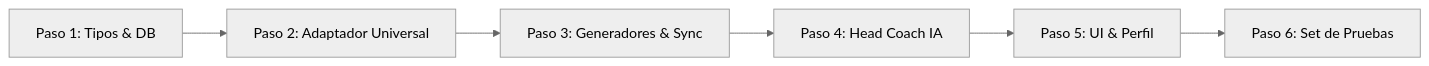
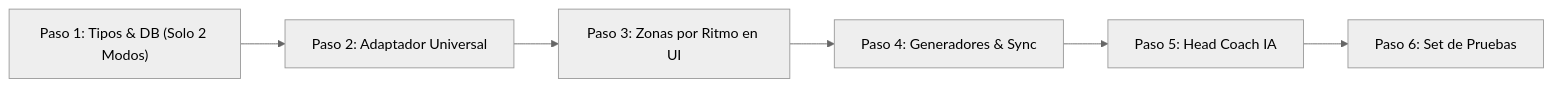
Before and after one commit to GEME80/Training-IA: the diagram in plan_running_metrics.md, drawn with Mermaid (neutral theme). The commit also changed other lines of this file and 7 other files, not shown here.

Commit message:
fix(season-studio): ux paso a paso, iconos consistentes, matriz sincronizada al perfil, sin hardcoding

````diff
--- a/plan_running_metrics.md
+++ b/plan_running_metrics.md
@@ -22,8 +65,8 @@
 ```mermaid
 flowchart LR
-    P1["Paso 1: Tipos & DB"] --> P2["Paso 2: Adaptador Universal"]
-    P2 --> P3["Paso 3: Generadores & Sync"]
-    P3 --> P4["Paso 4: Head Coach IA"]
-    P4 --> P5["Paso 5: UI & Perfil"]
+    P1["Paso 1: Tipos & DB (Solo 2 Modos)"] --> P2["Paso 2: Adaptador Universal"]
+    P2 --> P3["Paso 3: Zonas por Ritmo en UI"]
+    P3 --> P4["Paso 4: Generadores & Sync"]
+    P4 --> P5["Paso 5: Head Coach IA"]
     P5 --> P6["Paso 6: Set de Pruebas"]
 ```
````
